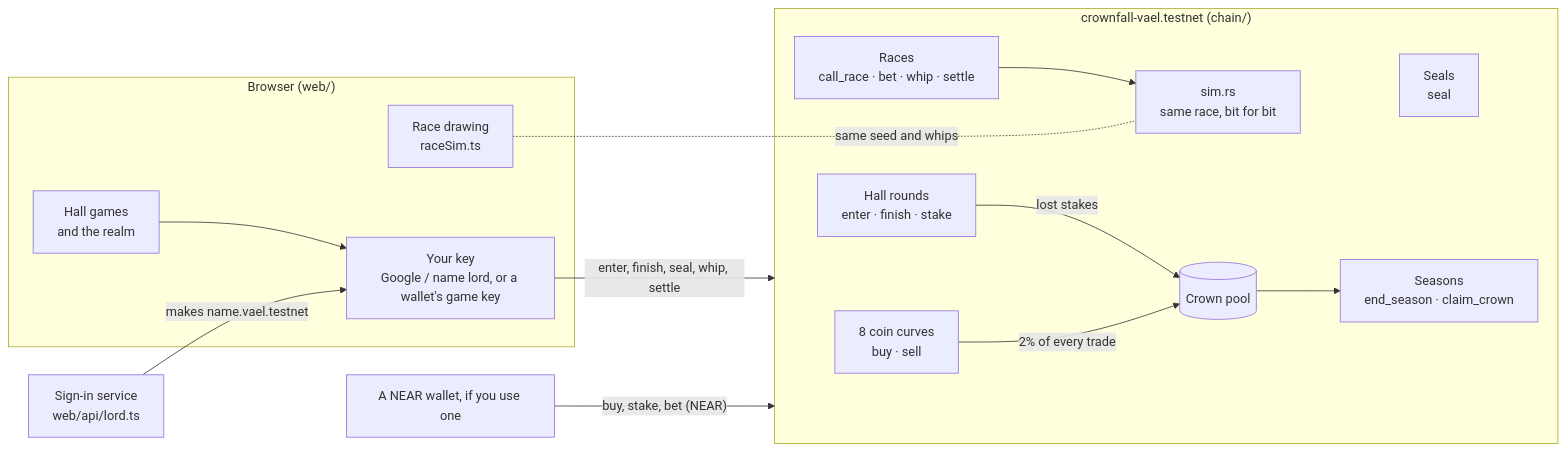
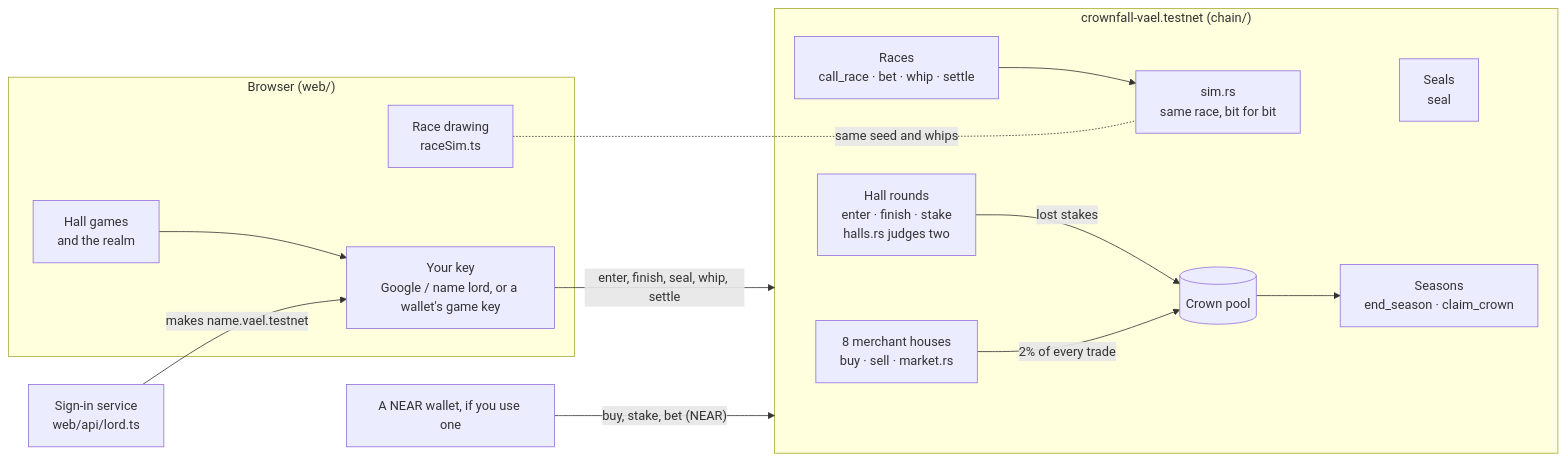
The diagram in README.md (neromtoobad/crownfall), drawn with Mermaid before and after one commit. The commit also changed other lines of this file, not shown here.

Commit message:
README: merchant houses, the week fast-forward, chain-judged Cups and Signals, seasons and rescues

````diff
--- a/README.md
+++ b/README.md
@@ -205,27 +206,27 @@
 ```mermaid
 flowchart LR
   subgraph Browser["Browser (web/)"]
     G[Hall games<br/>and the realm]
     S[Race drawing<br/>raceSim.ts]
     K[Your key<br/>Google / name lord, or a wallet's game key]
   end
   L[Sign-in service<br/>web/api/lord.ts] -- "makes name.vael.testnet" --> K
   W[A NEAR wallet, if you use one]
   subgraph C["crownfall-vael.testnet (chain/)"]
-    M[8 coin curves<br/>buy · sell]
-    H[Hall rounds<br/>enter · finish · stake]
+    M[8 merchant houses<br/>buy · sell · market.rs]
+    H[Hall rounds<br/>enter · finish · stake<br/>halls.rs judges two]
     SE[Seals<br/>seal]
     R[Races<br/>call_race · bet · whip · settle]
     SIM[sim.rs<br/>same race, bit for bit]
     P[(Crown pool)]
     T[Seasons<br/>end_season · claim_crown]
   end
   W -- "buy, stake, bet (NEAR)" --> C
   K -- "enter, finish, seal, whip, settle" --> C
   G --> K
   S -. same seed and whips .- SIM
   R --> SIM
   M -- "2% of every trade" --> P
   H -- "lost stakes" --> P
   P --> T
 ```
````
